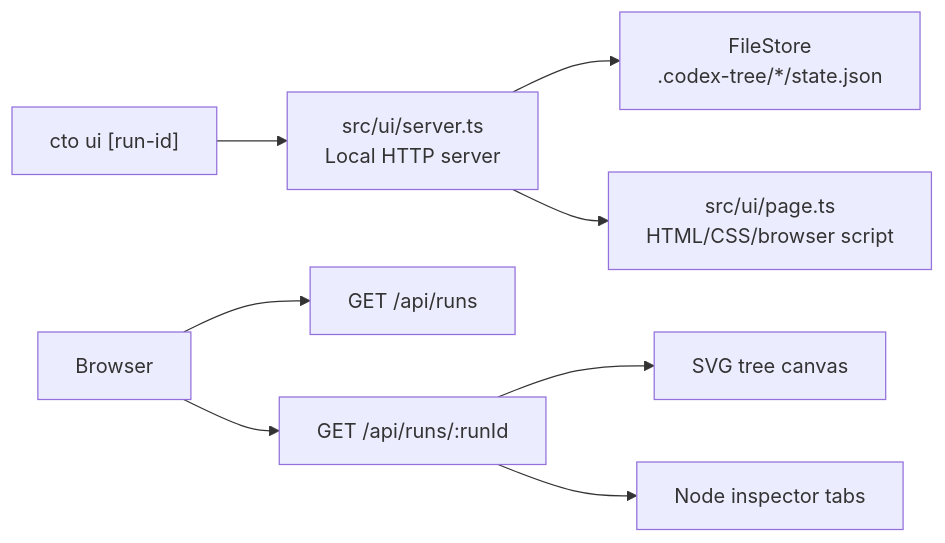
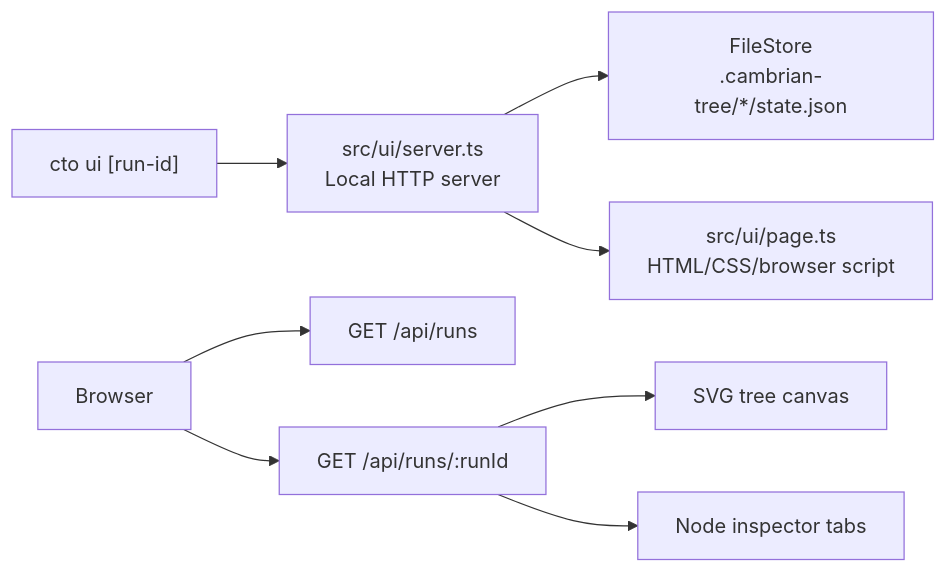
The second of 6 diagrams in docs/architecture.md (edward-sia/cto), drawn with Mermaid before and after one commit. The commit also changed other lines of this file and 16 other files, not shown here.

````diff
--- a/docs/architecture.md
+++ b/docs/architecture.md
@@ -61,10 +61,10 @@
 ```mermaid
 flowchart LR
     CLI["cto ui [run-id]"] --> Server["src/ui/server.ts\nLocal HTTP server"]
-    Server --> Store["FileStore\n.codex-tree/*/state.json"]
+    Server --> Store["FileStore\n.cambrian-tree/*/state.json"]
     Server --> Page["src/ui/page.ts\nHTML/CSS/browser script"]
     Browser["Browser"] --> Runs["GET /api/runs"]
     Browser --> Run["GET /api/runs/:runId"]
     Run --> Canvas["SVG tree canvas"]
     Run --> Inspector["Node inspector tabs"]
 ```
````
